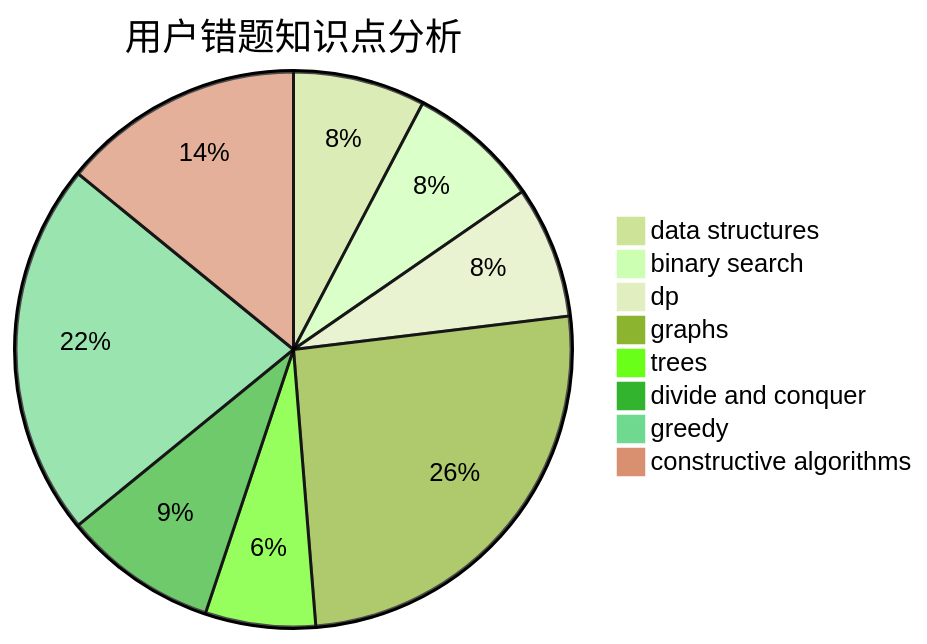
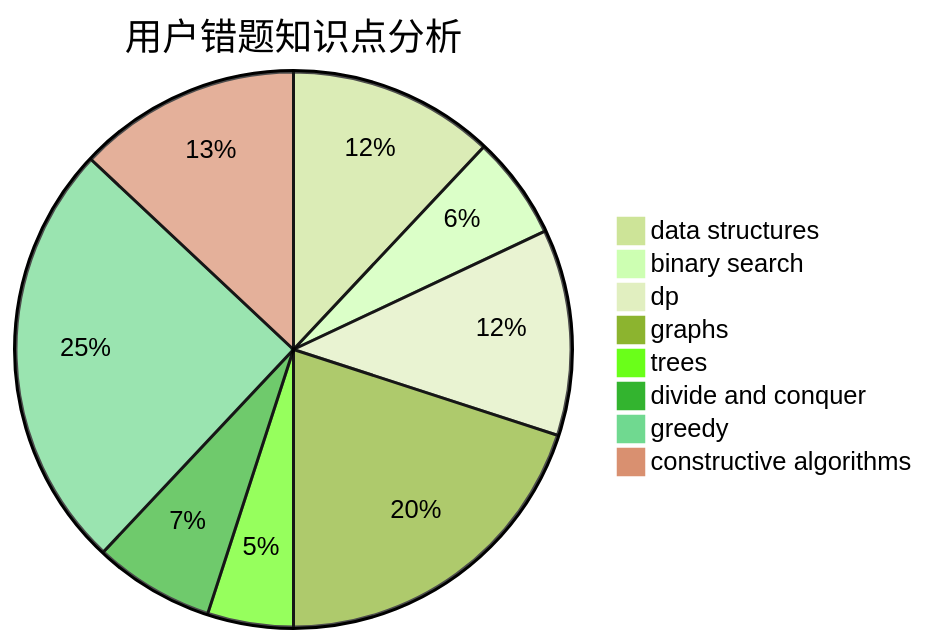
Before and after one commit to sherpahu/cfrs.github.io: the third of 3 diagrams in docs/user/u1909.md, drawn with Mermaid (forest theme). The commit also changed other lines of this file and 2770 other files, not shown here.

````diff
--- a/docs/user/u1909.md
+++ b/docs/user/u1909.md
@@ -36,11 +36,11 @@
 ```mermaid
 pie title 用户错题知识点分析
-    "data structures" :  6
+    "data structures" :  12
     "binary search" :  6
-    "dp" :  6
+    "dp" :  12
     "graphs" :  20
     "trees" :  5
     "divide and conquer" :  7
-    "greedy" :  17
-    "constructive algorithms" :  11
+    "greedy" :  25
+    "constructive algorithms" :  13
 ```
````
